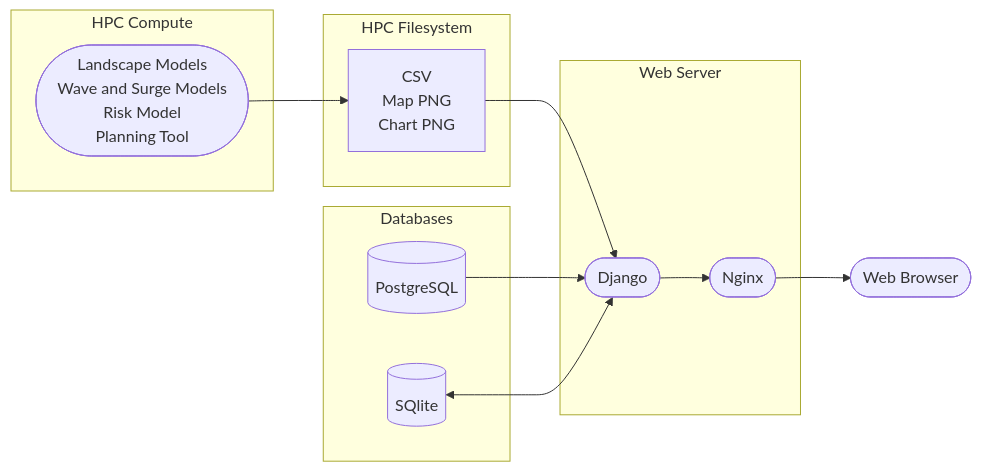
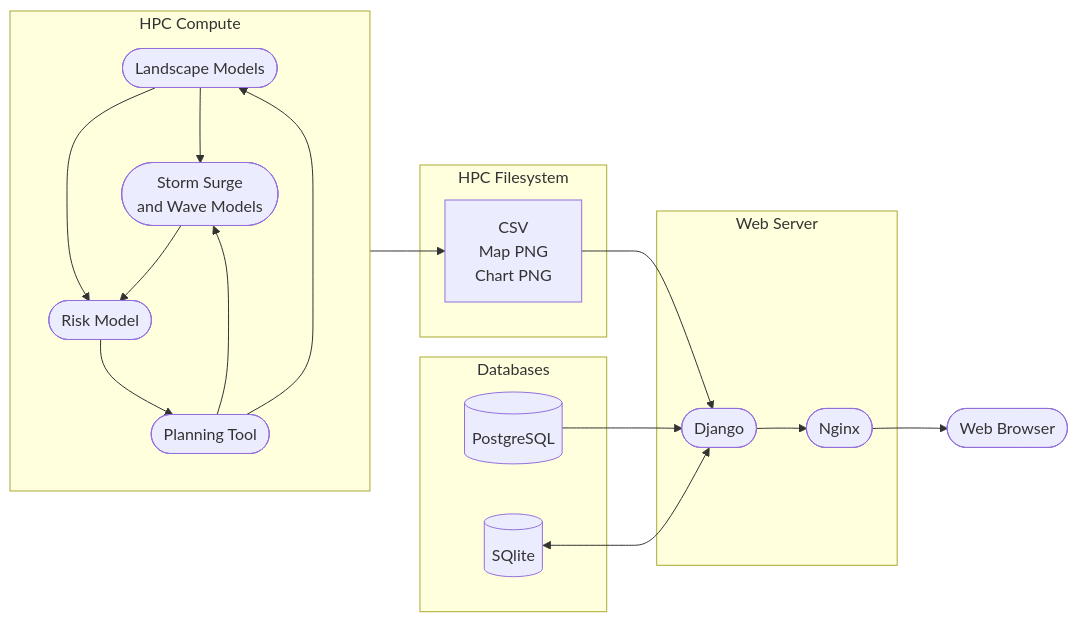
One commit to pscedu/cpra-documentation changed the first of 4 diagrams in MP2023.md. Above: the diagram before and after it, drawn with Mermaid.

Commit message:
fix(MP2023): make QA/QC compute subgraph consistent with 2029

````diff
--- a/MP2023.md
+++ b/MP2023.md
@@ -14,23 +14,29 @@
 ```mermaid
 flowchart LR
     subgraph C[HPC Compute]
-        M([Landscape Models\nWave and Surge Models\nRisk Model\nPlanning Tool])
+        LM([Landscape Models])
+        LM --> SSWM([Storm Surge\nand Wave Models])
+        LM --> RM([Risk Model])
+        SSWM --> RM
+        RM --> PT([Planning Tool])
+        PT --> SSWM
+        PT --> LM
     end
     subgraph FS[HPC Filesystem]
         F[CSV\nMap PNG\nChart PNG]
     end
     subgraph DS[Databases]
         P[(PostgreSQL)]
         S[(SQlite)]
     end
     subgraph WS[Web Server]
         N([Nginx])
         D([Django])
     end
-    M --> F
+    C --> F
     F --> D
     P --> D
     S <--> D
     D --> N
     N --> WB([Web Browser])
 ```
````
